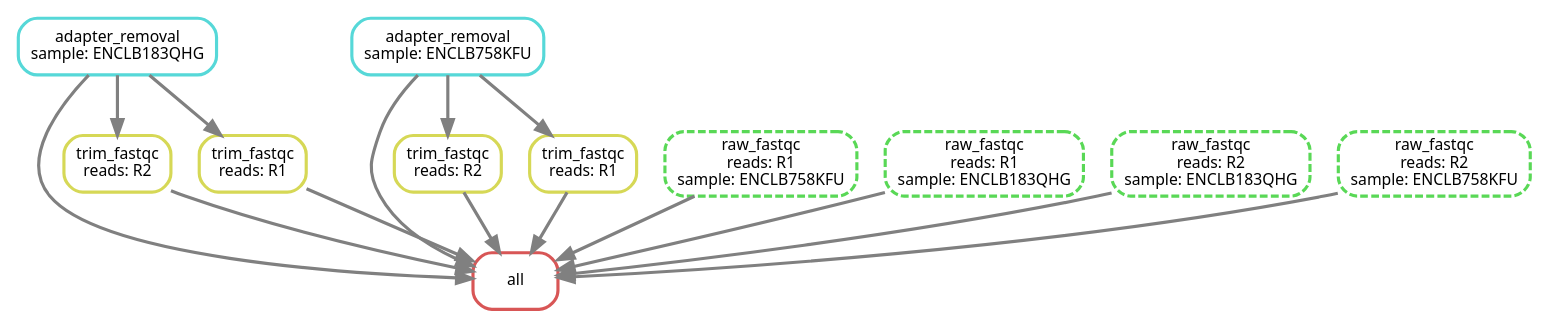
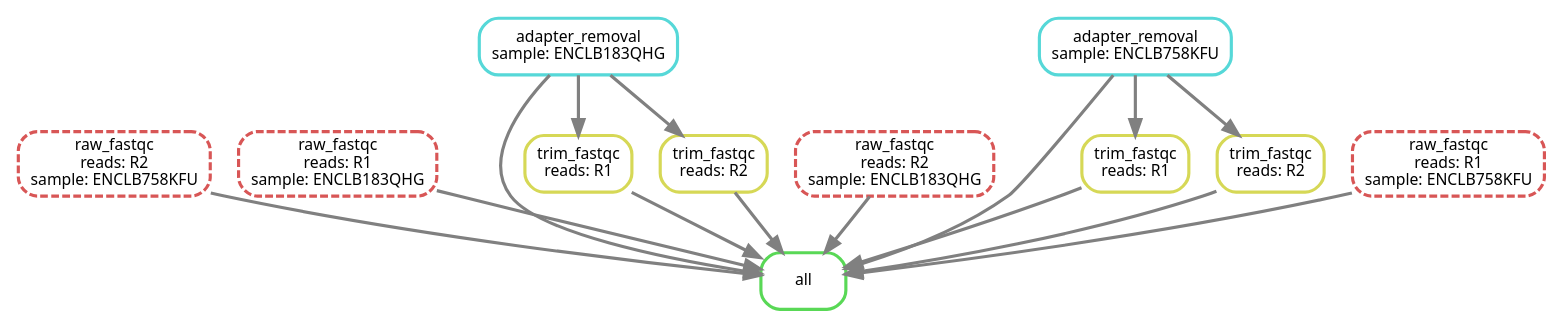
Before and after one commit to DRMCRL/ENCODE_T47D_HiC_ENCSR549MGQ: the diagram in output/dag.dot, drawn with Graphviz. The commit also changed 11 other files, not shown here.

```diff
--- a/output/dag.dot
+++ b/output/dag.dot
@@ -1,30 +1,30 @@
 digraph snakemake_dag {
     graph[bgcolor=white, margin=0];
     node[shape=box, style=rounded, fontname=sans,                 fontsize=10, penwidth=2];
     edge[penwidth=2, color=grey];
-	0[label = "all", color = "0.00 0.6 0.85", style="rounded"];
-	1[label = "trim_fastqc\nreads: R2", color = "0.17 0.6 0.85", style="rounded"];
-	2[label = "adapter_removal\nsample: ENCLB758KFU", color = "0.50 0.6 0.85", style="rounded"];
-	3[label = "raw_fastqc\nreads: R1\nsample: ENCLB758KFU", color = "0.33 0.6 0.85", style="rounded,dashed"];
-	4[label = "trim_fastqc\nreads: R2", color = "0.17 0.6 0.85", style="rounded"];
-	5[label = "trim_fastqc\nreads: R1", color = "0.17 0.6 0.85", style="rounded"];
-	6[label = "raw_fastqc\nreads: R1\nsample: ENCLB183QHG", color = "0.33 0.6 0.85", style="rounded,dashed"];
-	7[label = "trim_fastqc\nreads: R1", color = "0.17 0.6 0.85", style="rounded"];
-	8[label = "raw_fastqc\nreads: R2\nsample: ENCLB183QHG", color = "0.33 0.6 0.85", style="rounded,dashed"];
-	9[label = "raw_fastqc\nreads: R2\nsample: ENCLB758KFU", color = "0.33 0.6 0.85", style="rounded,dashed"];
-	10[label = "adapter_removal\nsample: ENCLB183QHG", color = "0.50 0.6 0.85", style="rounded"];
+	0[label = "all", color = "0.33 0.6 0.85", style="rounded"];
+	1[label = "raw_fastqc\nreads: R2\nsample: ENCLB758KFU", color = "0.00 0.6 0.85", style="rounded,dashed"];
+	2[label = "raw_fastqc\nreads: R1\nsample: ENCLB183QHG", color = "0.00 0.6 0.85", style="rounded,dashed"];
+	3[label = "trim_fastqc\nreads: R1", color = "0.17 0.6 0.85", style="rounded"];
+	4[label = "raw_fastqc\nreads: R2\nsample: ENCLB183QHG", color = "0.00 0.6 0.85", style="rounded,dashed"];
+	5[label = "adapter_removal\nsample: ENCLB183QHG", color = "0.50 0.6 0.85", style="rounded"];
+	6[label = "adapter_removal\nsample: ENCLB758KFU", color = "0.50 0.6 0.85", style="rounded"];
+	7[label = "trim_fastqc\nreads: R2", color = "0.17 0.6 0.85", style="rounded"];
+	8[label = "trim_fastqc\nreads: R1", color = "0.17 0.6 0.85", style="rounded"];
+	9[label = "raw_fastqc\nreads: R1\nsample: ENCLB758KFU", color = "0.00 0.6 0.85", style="rounded,dashed"];
+	10[label = "trim_fastqc\nreads: R2", color = "0.17 0.6 0.85", style="rounded"];
 	1 -> 0
 	2 -> 0
 	3 -> 0
 	4 -> 0
 	5 -> 0
 	6 -> 0
 	7 -> 0
 	8 -> 0
 	9 -> 0
 	10 -> 0
-	10 -> 1
-	2 -> 4
-	10 -> 5
-	2 -> 7
+	5 -> 3
+	5 -> 7
+	6 -> 8
+	6 -> 10
 }            
```
